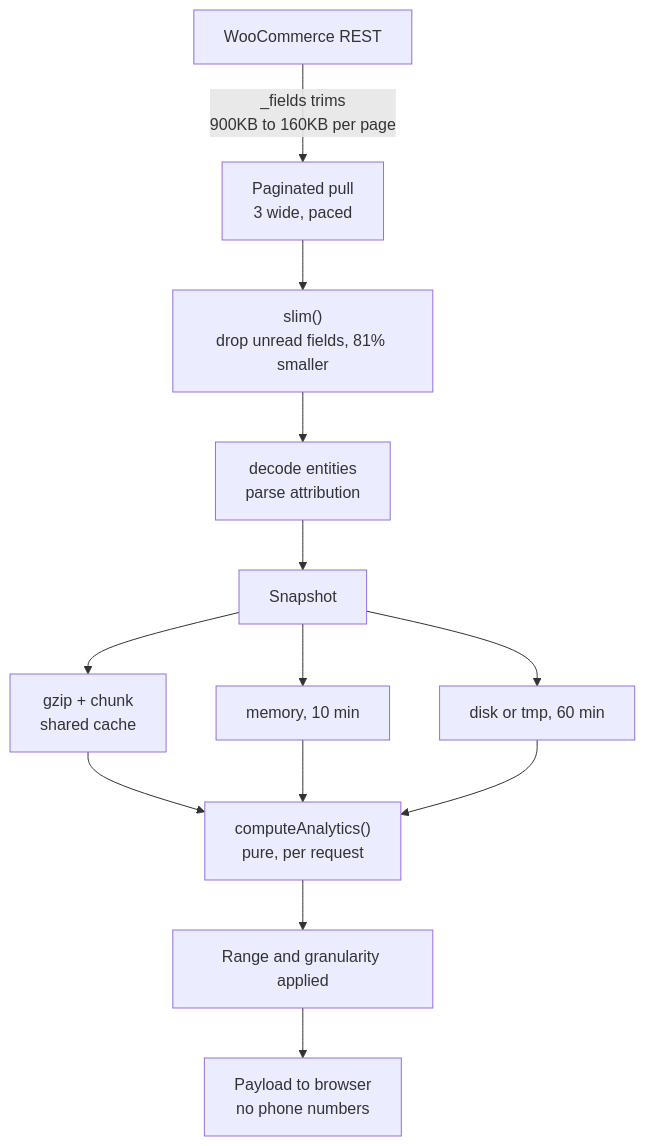
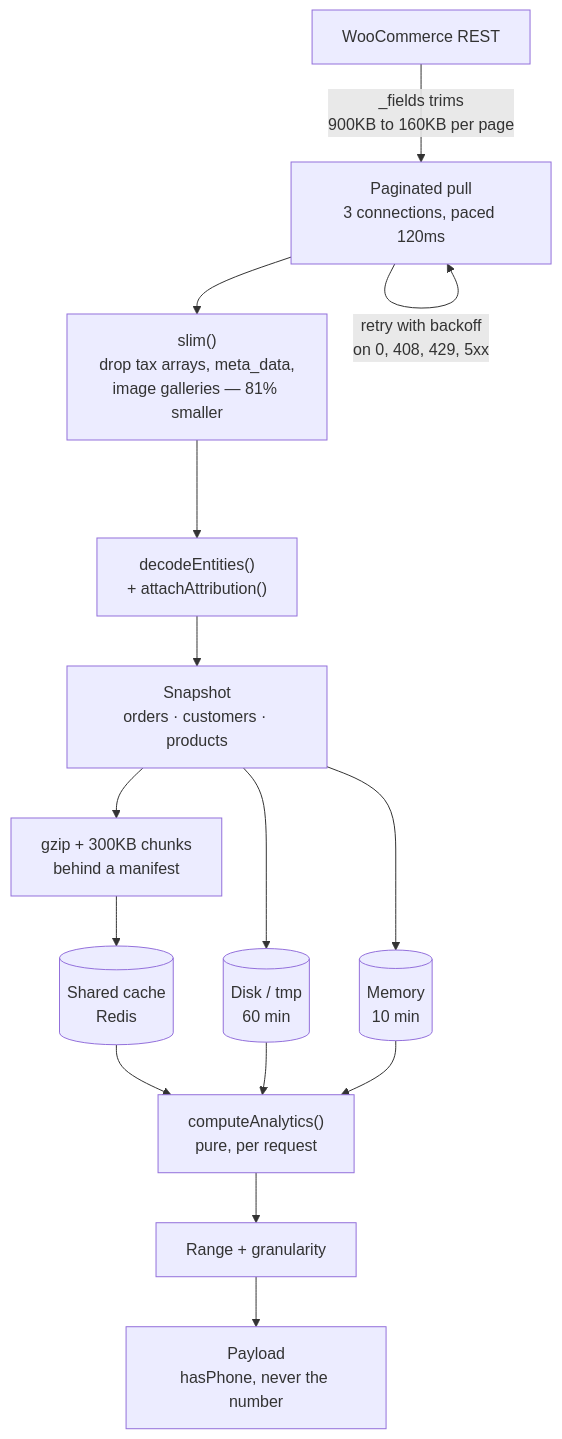
One commit to Setups-Works/PulseCommerce changed the third of 8 diagrams in README.md. Above: the diagram before and after it, drawn with Mermaid. The commit also changed other lines of this file, not shown here.

First line of the commit message:
Expand the README architecture into eight diagrams, and document the details

````diff
--- a/README.md
+++ b/README.md
@@ -464,15 +579,17 @@
 ```mermaid
 flowchart TD
-    A["WooCommerce REST"] -->|"_fields trims<br/>900KB to 160KB per page"| B["Paginated pull<br/>3 wide, paced"]
-    B --> C["slim()<br/>drop unread fields, 81% smaller"]
-    C --> D["decode entities<br/>parse attribution"]
-    D --> E["Snapshot"]
-    E --> F["gzip + chunk<br/>shared cache"]
-    E --> G["memory, 10 min"]
-    E --> H["disk or tmp, 60 min"]
-    F --> I["computeAnalytics()<br/>pure, per request"]
-    G --> I
-    H --> I
-    I --> J["Range and granularity applied"]
-    J --> K["Payload to browser<br/>no phone numbers"]
+    A["WooCommerce REST"] -->|"_fields trims<br/>900KB to 160KB per page"| B["Paginated pull<br/>3 connections, paced 120ms"]
+    B -->|"retry with backoff<br/>on 0, 408, 429, 5xx"| B
+    B --> C["slim()<br/>drop tax arrays, meta_data,<br/>image galleries — 81% smaller"]
+    C --> D["decodeEntities()<br/>+ attachAttribution()"]
+    D --> E["Snapshot<br/>orders · customers · products"]
+    E --> F["gzip + 300KB chunks<br/>behind a manifest"]
+    F --> G[("Shared cache<br/>Redis")]
+    E --> H[("Disk / tmp<br/>60 min")]
+    E --> I[("Memory<br/>10 min")]
+    G --> J["computeAnalytics()<br/>pure, per request"]
+    H --> J
+    I --> J
+    J --> K["Range + granularity"]
+    K --> L["Payload<br/>hasPhone, never the number"]
 ```
````
